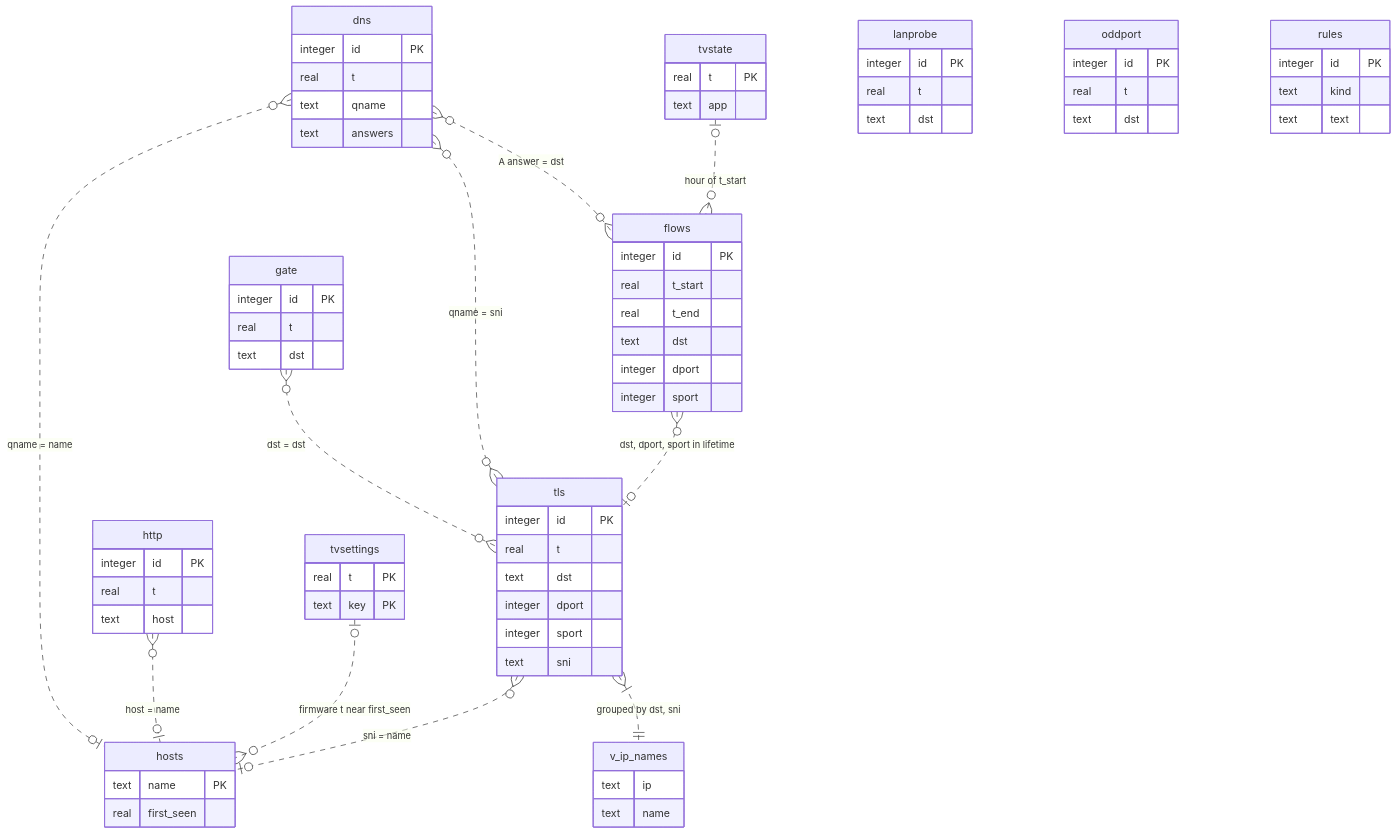
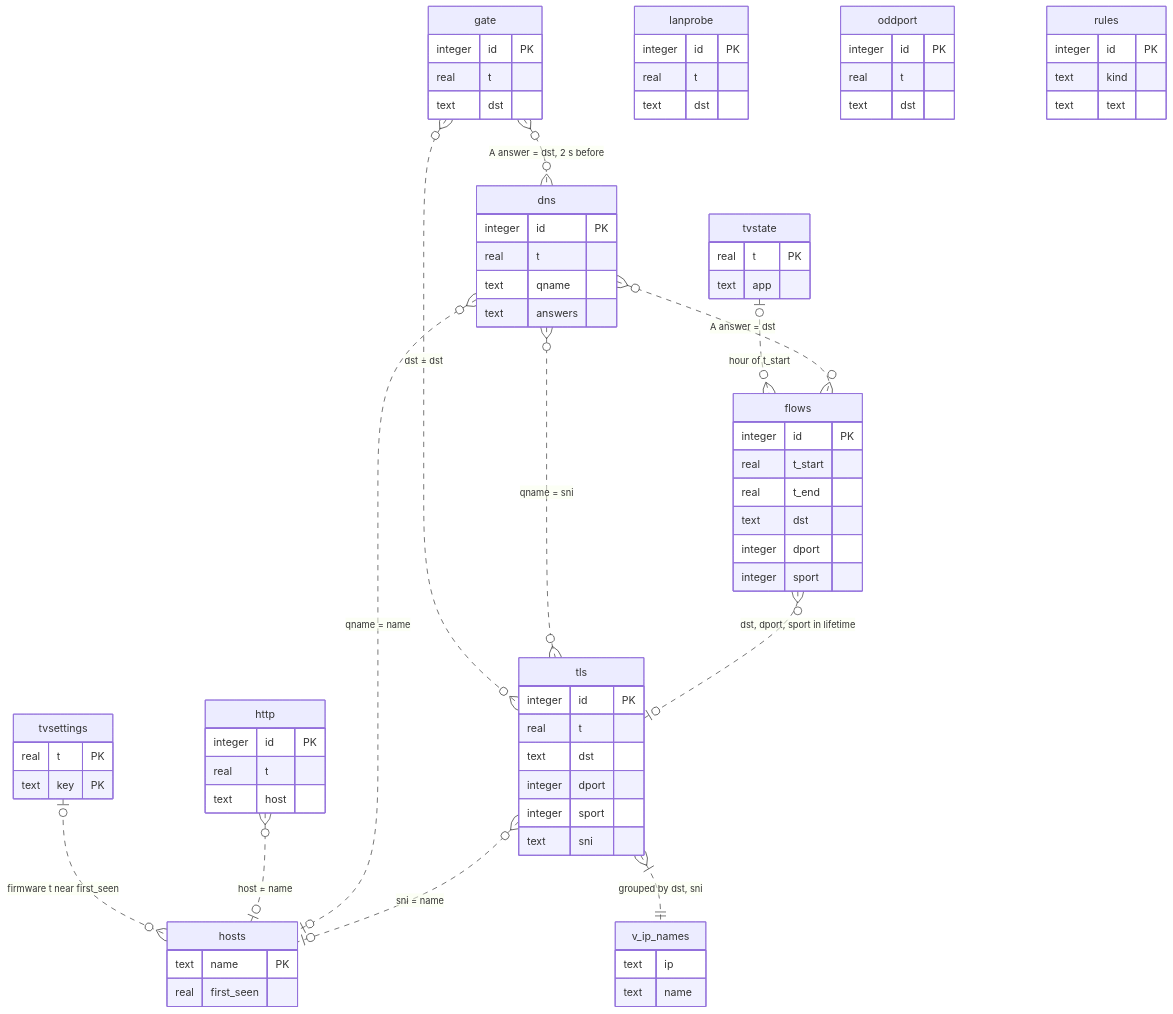
One commit to kywwilson11/tvgw changed the first of 3 diagrams in docs/data-model.md. Above: the diagram before and after it, drawn with Mermaid. The commit also changed other lines of this file, not shown here.

First line of the commit message:
docs/data-model: the store as main builds it, schema 7

````diff
--- a/docs/data-model.md
+++ b/docs/data-model.md
@@ -328,76 +331,77 @@
 ```mermaid
 erDiagram
     flows }o..o| tls : "dst, dport, sport in lifetime"
     tls }o..o| hosts : "sni = name"
     dns }o..o| hosts : "qname = name"
     http }o..o| hosts : "host = name"
     dns }o..o{ tls : "qname = sni"
     dns }o..o{ flows : "A answer = dst"
     gate }o..o{ tls : "dst = dst"
+    gate }o..o{ dns : "A answer = dst, 2 s before"
     tvstate |o..o{ flows : "hour of t_start"
     tvsettings |o..o{ hosts : "firmware t near first_seen"
     tls }|..|| v_ip_names : "grouped by dst, sni"
     flows {
         integer id PK
         real t_start
         real t_end
         text dst
         integer dport
         integer sport
     }
     tls {
         integer id PK
         real t
         text dst
         integer dport
         integer sport
         text sni
     }
     dns {
         integer id PK
         real t
         text qname
         text answers
     }
     http {
         integer id PK
         real t
         text host
     }
     hosts {
         text name PK
         real first_seen
     }
     gate {
         integer id PK
         real t
         text dst
     }
     tvstate {
         real t PK
         text app
     }
     tvsettings {
         real t PK
         text key PK
     }
     lanprobe {
         integer id PK
         real t
         text dst
     }
     oddport {
         integer id PK
         real t
         text dst
     }
     rules {
         integer id PK
         text kind
         text text
     }
     v_ip_names {
         text ip
         text name
     }
 ```
````
